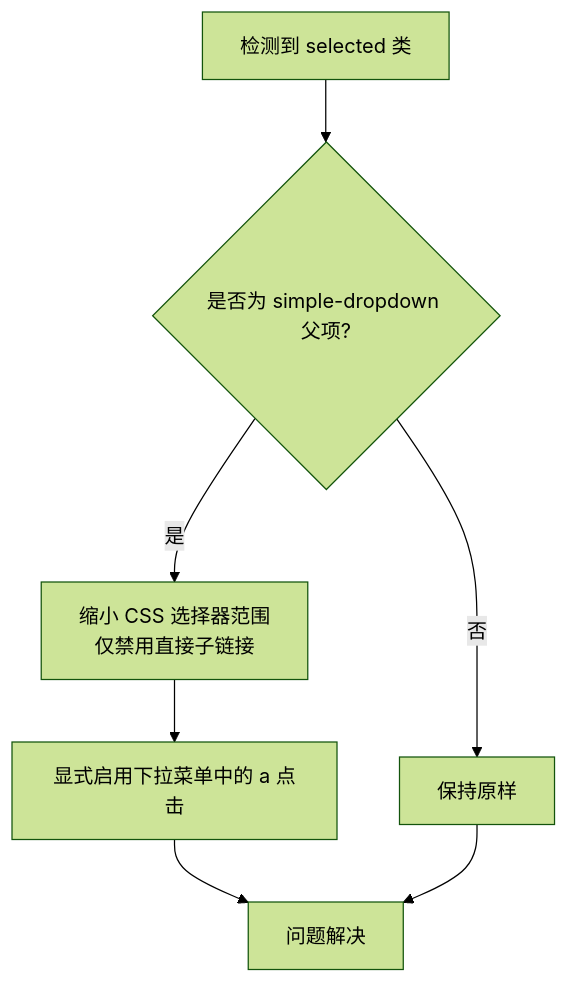
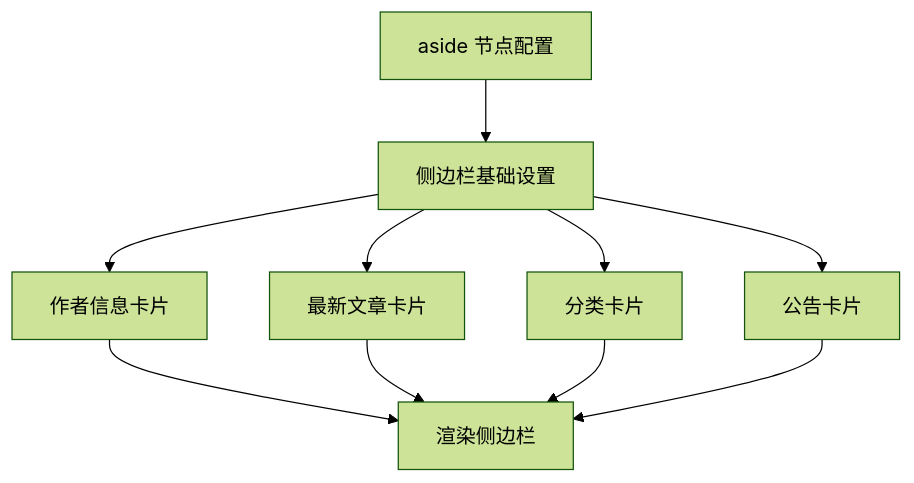
One commit to CoolPig0720/CoolPig0720.github.io changed the fourth of 4 diagrams in .qoder/repowiki/zh/content/项目概述/核心功能特性/UI组件系统/导航组件.md. Above: the diagram before and after it, drawn with Mermaid (forest theme). The commit also changed other lines of this file and 6 other files, not shown here.

````diff
--- a/.qoder/repowiki/zh/content/项目概述/核心功能特性/UI组件系统/导航组件.md
+++ b/.qoder/repowiki/zh/content/项目概述/核心功能特性/UI组件系统/导航组件.md
@@ -295,9 +143,12 @@
 ```mermaid
 flowchart TD
-A["检测到 selected 类"] --> B{"是否为 simple-dropdown 父项?"}
-B --> |是| C["缩小 CSS 选择器范围<br/>仅禁用直接子链接"]
-C --> D["显式启用下拉菜单中的 a 点击"]
-B --> |否| E["保持原样"]
-D --> F["问题解决"]
-E --> F
+A["aside 节点配置"] --> B["侧边栏基础设置"]
+B --> C["作者信息卡片"]
+B --> D["最新文章卡片"]
+B --> E["分类卡片"]
+B --> F["公告卡片"]
+C --> G["渲染侧边栏"]
+D --> G
+E --> G
+F --> G
 ```
````
